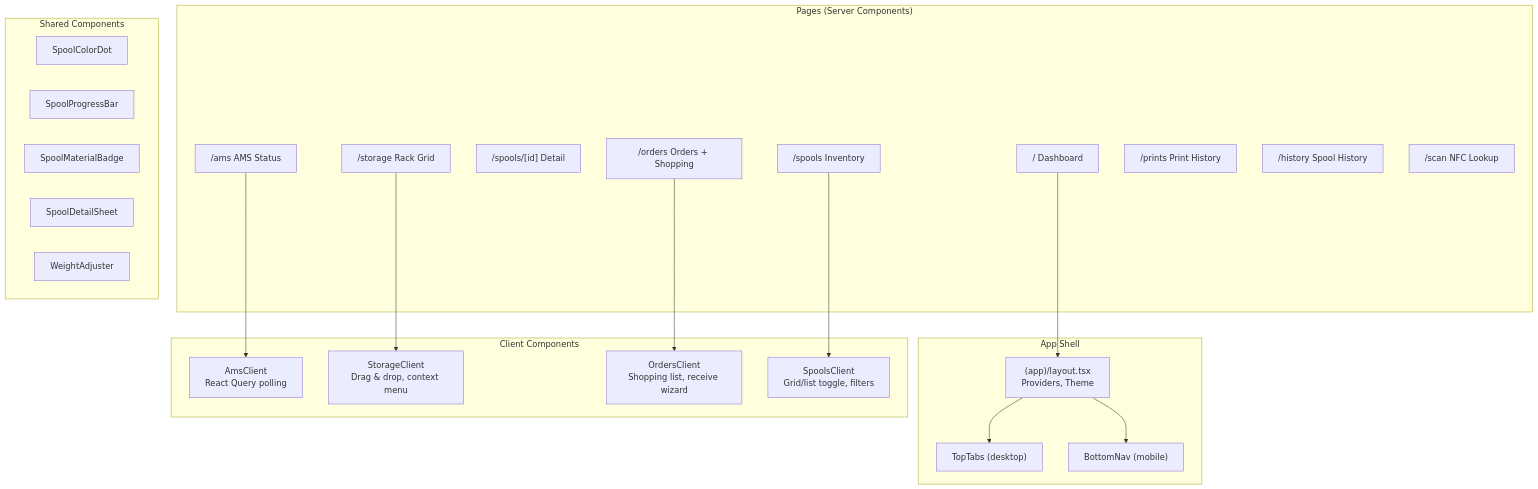
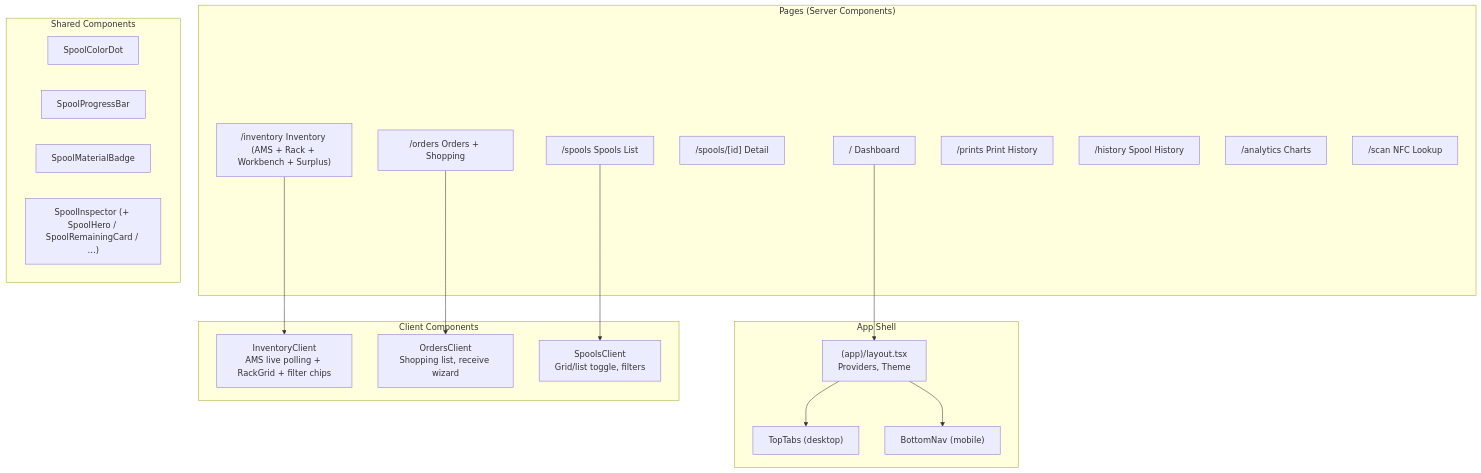
One commit to kbarthei/HASpoolManager changed the second of 3 diagrams in docs/architecture.md. Above: the diagram before and after it, drawn with Mermaid. The commit also changed other lines of this file and 13 other files, not shown here.

````diff
--- a/docs/architecture.md
+++ b/docs/architecture.md
@@ -49,43 +49,40 @@
 ```mermaid
 graph TD
     subgraph "App Shell"
         Layout["(app)/layout.tsx<br/>Providers, Theme"]
         TopTabs["TopTabs (desktop)"]
         BottomNav["BottomNav (mobile)"]
     end
 
     subgraph "Pages (Server Components)"
         Dashboard["/ Dashboard"]
-        Spools["/spools Inventory"]
+        Inventory["/inventory Inventory (AMS + Rack + Workbench + Surplus)"]
+        Spools["/spools Spools List"]
         SpoolDetail["/spools/[id] Detail"]
-        AMS["/ams AMS Status"]
-        Storage["/storage Rack Grid"]
         Orders["/orders Orders + Shopping"]
         Prints["/prints Print History"]
         History["/history Spool History"]
+        Analytics["/analytics Charts"]
         Scan["/scan NFC Lookup"]
     end
 
     subgraph "Client Components"
-        AmsClient["AmsClient<br/>React Query polling"]
-        StorageClient["StorageClient<br/>Drag & drop, context menu"]
+        InventoryClient["InventoryClient<br/>AMS live polling + RackGrid + filter chips"]
         OrdersClient["OrdersClient<br/>Shopping list, receive wizard"]
         SpoolsClient["SpoolsClient<br/>Grid/list toggle, filters"]
     end
 
     subgraph "Shared Components"
         SpoolColorDot["SpoolColorDot"]
         SpoolProgressBar["SpoolProgressBar"]
         SpoolMaterialBadge["SpoolMaterialBadge"]
-        SpoolDetailSheet["SpoolDetailSheet"]
-        WeightAdjuster["WeightAdjuster"]
+        SpoolInspector["SpoolInspector (+ SpoolHero / SpoolRemainingCard / …)"]
     end
 
     Layout --> TopTabs
     Layout --> BottomNav
     Dashboard --> Layout
+    Inventory --> InventoryClient
     Spools --> SpoolsClient
-    AMS --> AmsClient
-    Storage --> StorageClient
     Orders --> OrdersClient
 ```
````
